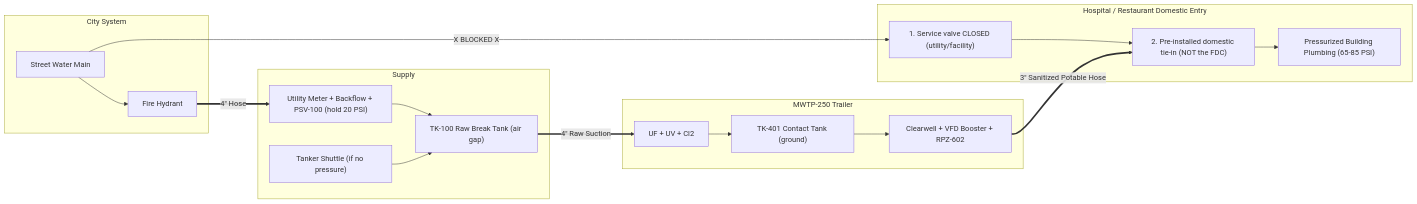
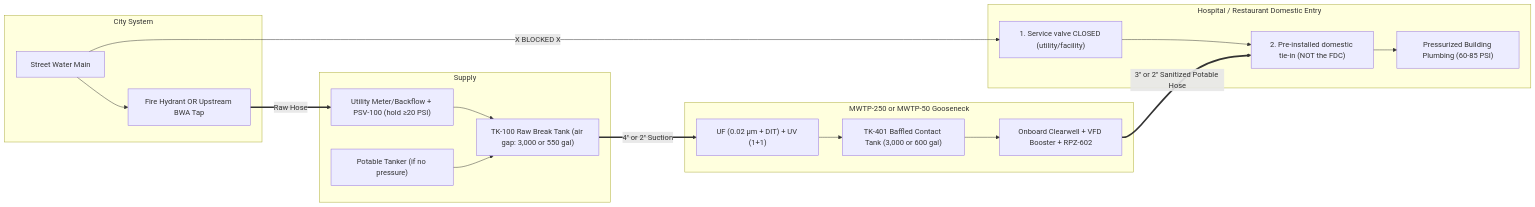
The diagram in mwt/MWTP_250_Hospital_Restaurant_Tie_In_SOP.md (jefrix/ameripro), drawn with Mermaid before and after one commit. The commit also changed other lines of this file and 4 other files, not shown here.

Commit message:
Update MWTP-50 to 22-ft compact gooseneck (MWTP-50-GN22, 9,990 lb GVWR) and update Restaurant Brochure & Field SOP

````diff
--- a/mwt/MWTP_250_Hospital_Restaurant_Tie_In_SOP.md
+++ b/mwt/MWTP_250_Hospital_Restaurant_Tie_In_SOP.md
@@ -55,35 +73,35 @@
 ```mermaid
 flowchart LR
     subgraph City["City System"]
         CM["Street Water Main"]
-        HYD["Fire Hydrant"]
+        HYD["Fire Hydrant OR Upstream BWA Tap"]
         CM --> HYD
     end
 
     subgraph Supply["Supply"]
-        PSV["Utility Meter + Backflow + PSV-100 (hold 20 PSI)"]
-        TK100["TK-100 Raw Break Tank (air gap)"]
-        TANKER["Tanker Shuttle (if no pressure)"]
+        PSV["Utility Meter/Backflow + PSV-100 (hold ≥20 PSI)"]
+        TK100["TK-100 Raw Break Tank (air gap: 3,000 or 550 gal)"]
+        TANKER["Potable Tanker (if no pressure)"]
         PSV --> TK100
         TANKER --> TK100
     end
 
-    subgraph Trailer["MWTP-250 Trailer"]
-        TREAT["UF + UV + Cl2"]
-        CT["TK-401 Contact Tank (ground)"]
-        BOOST["Clearwell + VFD Booster + RPZ-602"]
+    subgraph Trailer["MWTP-250 or MWTP-50 Gooseneck"]
+        TREAT["UF (0.02 μm + DIT) + UV (1+1)"]
+        CT["TK-401 Baffled Contact Tank (3,000 or 600 gal)"]
+        BOOST["Onboard Clearwell + VFD Booster + RPZ-602"]
         TREAT --> CT --> BOOST
     end
 
     subgraph Facility["Hospital / Restaurant Domestic Entry"]
         V_ISO["1. Service valve CLOSED (utility/facility)"]
         PORT["2. Pre-installed domestic tie-in (NOT the FDC)"]
-        DIST["Pressurized Building Plumbing (65-85 PSI)"]
+        DIST["Pressurized Building Plumbing (60-85 PSI)"]
         CM -- "X BLOCKED X" --> V_ISO
         V_ISO --> PORT --> DIST
     end
 
-    HYD == "4'' Hose" ==> PSV
-    TK100 == "4'' Raw Suction" ==> TREAT
-    BOOST == "3'' Sanitized Potable Hose" ==> PORT
+    HYD == "Raw Hose" ==> PSV
+    TK100 == "4'' or 2'' Suction" ==> TREAT
+    BOOST == "3'' or 2'' Sanitized Potable Hose" ==> PORT
 ```
````
